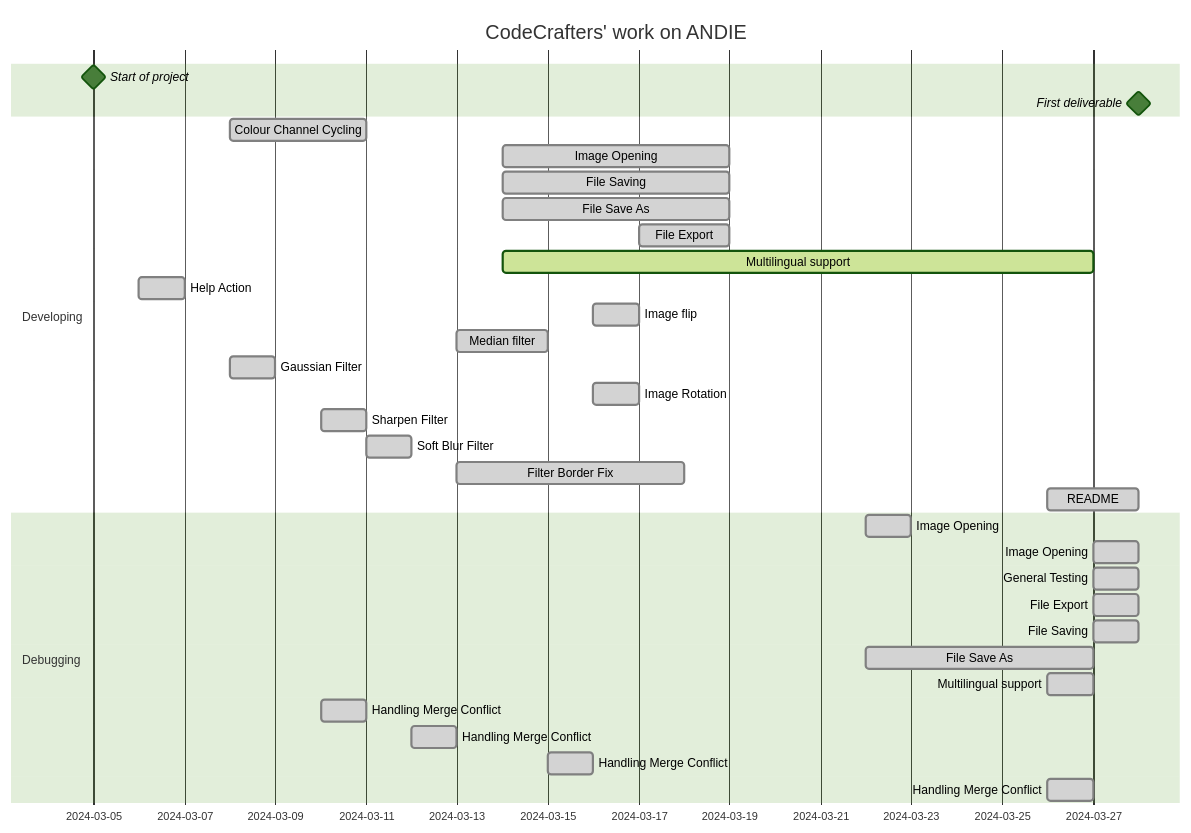
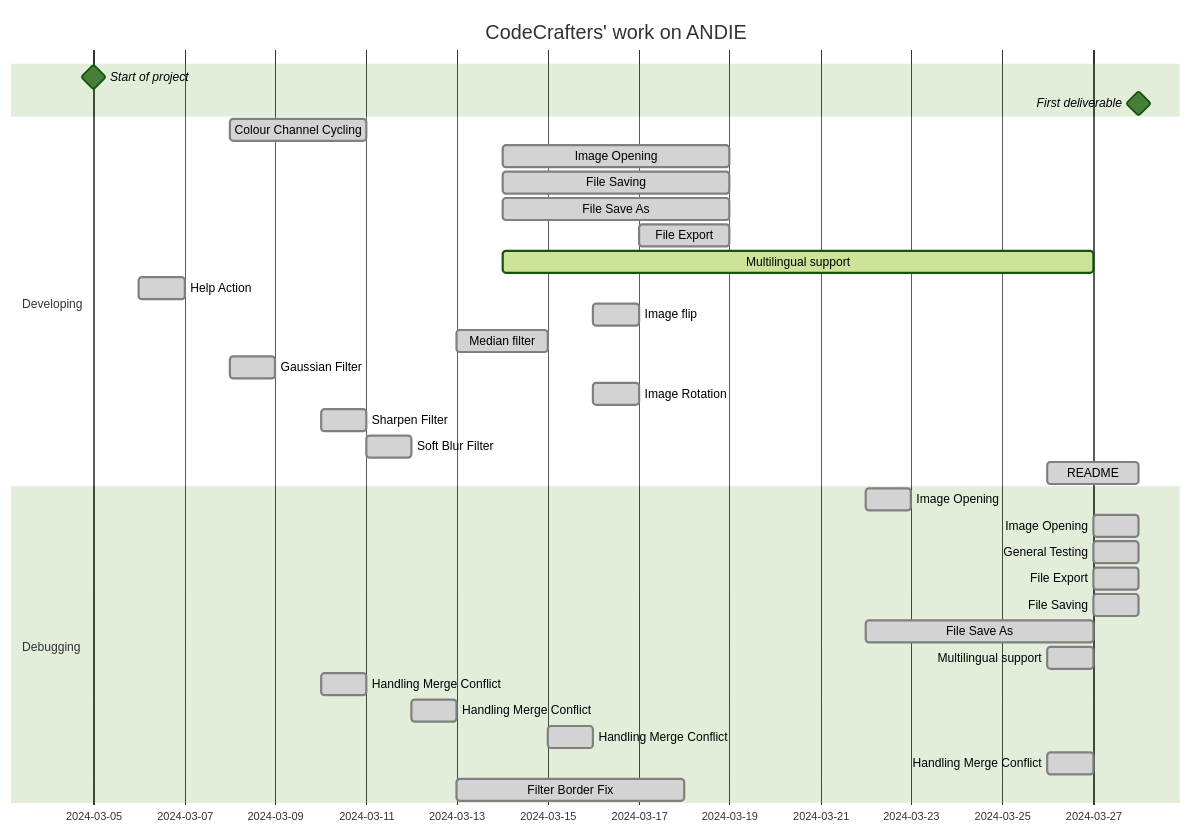
Before and after one commit to greateden/ANDIE-CodeCrafters: the diagram in README.md, drawn with Mermaid.

Commit message:
README Update

````diff
--- a/README.md
+++ b/README.md
@@ -88,45 +88,45 @@
 ```mermaid
 
 %% CodeCrafters' Gantt Chart for our work on ANDIE
 %%{init: {'theme':'forest'}}%%
         gantt
         title CodeCrafters' work on ANDIE
         dateFormat  DD-MM-YYYY
         Start of project: milestone, m1,05-03-2024, 
         First deliverable: milestone, m2, 28-03-2024,
 
         section Developing
             Colour Channel Cycling              :done, des1, 08-03-2024, 3d
             Image Opening                       :done,  des2, 14-03-2024, 19-03-2024
             File Saving                         :done,  des2, 14-03-2024, 19-03-2024
             File Save As                        :done,  des2, 14-03-2024, 19-03-2024
             File Export                         :done,  des2, 17-03-2024, 19-03-2024
             Multilingual support                :active, des2, 14-03-2024, 27-03-2024
             Help Action                         :done, des1, 06-03-2024, 07-03-2024
             Image flip                          :done, des1, 16-03-2024, 17-03-2024
             Median filter                       :done, des2, 13-03-2024, 15-03-2024
             Gaussian Filter               :done, 08-03-2024, 09-03-2024
             Image Rotation                :done, 16-03-2024, 17-03-2024
             Sharpen Filter                 :done, des2, 10-03-2024, 11-03-2024
             Soft Blur Filter               :done, des2, 11-03-2024, 12-03-2024
-            Filter Border Fix              :done, des2, 13-03-2024, 18-03-2024
             README                         :done, des2, 26-03-2024, 28-03-2024
 
 
 
         section Debugging
             Image Opening                      :done , 22-03-2024, 23-03-2024
             Image Opening                      :done , 27-03-2024, 28-03-2024
             General Testing                    :done, 27-03-2024, 28-03-2024
             File Export                         :done, 27-03-2024, 28-03-2024
             File Saving                         :done, 27-03-2024, 28-03-2024
             File Save As                        :done, 22-03-2024, 27-03-2024
             Multilingual support                :done, 26-03-2024, 27-03-2024
             Handling Merge Conflict             :done, 10-03-2024, 11-03-2024
             Handling Merge Conflict             :done, 12-03-2024, 13-03-2024
             Handling Merge Conflict             :done, 15-03-2024, 16-03-2024
             Handling Merge Conflict             :done, 26-03-2024, 27-03-2024
+            Filter Border Fix                   :done, 13-03-2024, 18-03-2024
 
 
 
 ```
````
